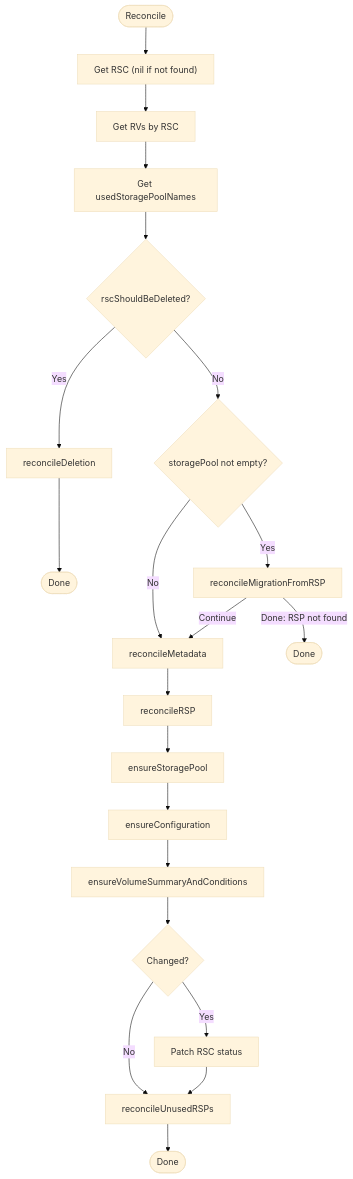
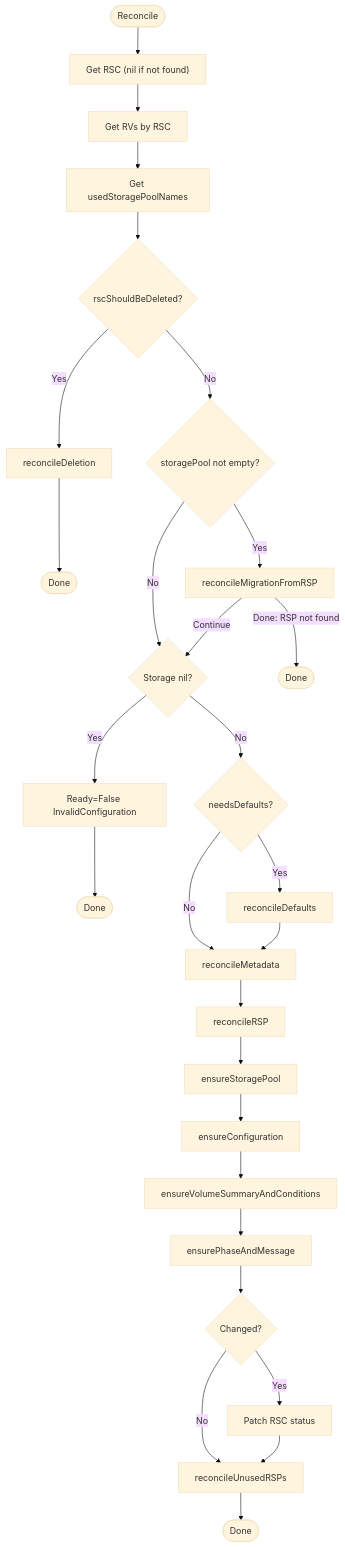
Before and after one commit to deckhouse/sds-replicated-volume: the first of 8 diagrams in images/controller/internal/controllers/rsc_controller/README.md, drawn with Mermaid (base theme). The commit also changed other lines of this file and 75 other files, not shown here.

````diff
--- a/images/controller/internal/controllers/rsc_controller/README.md
+++ b/images/controller/internal/controllers/rsc_controller/README.md
@@ -71,27 +80,37 @@
 ```mermaid
 flowchart TD
     Start([Reconcile]) --> GetRSC["Get RSC (nil if not found)"]
     GetRSC --> GetRVs[Get RVs by RSC]
     GetRVs --> GetUsedPools[Get usedStoragePoolNames]
 
     GetUsedPools --> ShouldDelete{rscShouldBeDeleted?}
     ShouldDelete -->|Yes| Deletion[reconcileDeletion]
     Deletion --> DeletionDone([Done])
 
     ShouldDelete -->|No| Migration{storagePool not empty?}
     Migration -->|Yes| MigrationStep[reconcileMigrationFromRSP]
-    Migration -->|No| Metadata
+    Migration -->|No| CheckStorage
     MigrationStep -->|Done: RSP not found| MigrationDone([Done])
-    MigrationStep -->|Continue| Metadata[reconcileMetadata]
+    MigrationStep -->|Continue| CheckStorage
+
+    CheckStorage{Storage nil?}
+    CheckStorage -->|Yes| StorageInvalid["Ready=False InvalidConfiguration"]
+    StorageInvalid --> StorageInvalidDone([Done])
+    CheckStorage -->|No| NeedsDefaults{needsDefaults?}
+
+    NeedsDefaults -->|Yes| Defaults[reconcileDefaults]
+    NeedsDefaults -->|No| Metadata
+    Defaults --> Metadata[reconcileMetadata]
 
     Metadata --> ReconcileRSP[reconcileRSP]
     ReconcileRSP --> EnsureStoragePool[ensureStoragePool]
     EnsureStoragePool --> EnsureConfig[ensureConfiguration]
     EnsureConfig --> EnsureVolumes[ensureVolumeSummaryAndConditions]
-    EnsureVolumes --> PatchDecision{Changed?}
+    EnsureVolumes --> EnsurePhase[ensurePhaseAndMessage]
+    EnsurePhase --> PatchDecision{Changed?}
     PatchDecision -->|Yes| PatchStatus[Patch RSC status]
     PatchDecision -->|No| ReleaseRSPs
     PatchStatus --> ReleaseRSPs
 
     ReleaseRSPs[reconcileUnusedRSPs] --> EndNode([Done])
 ```
````
